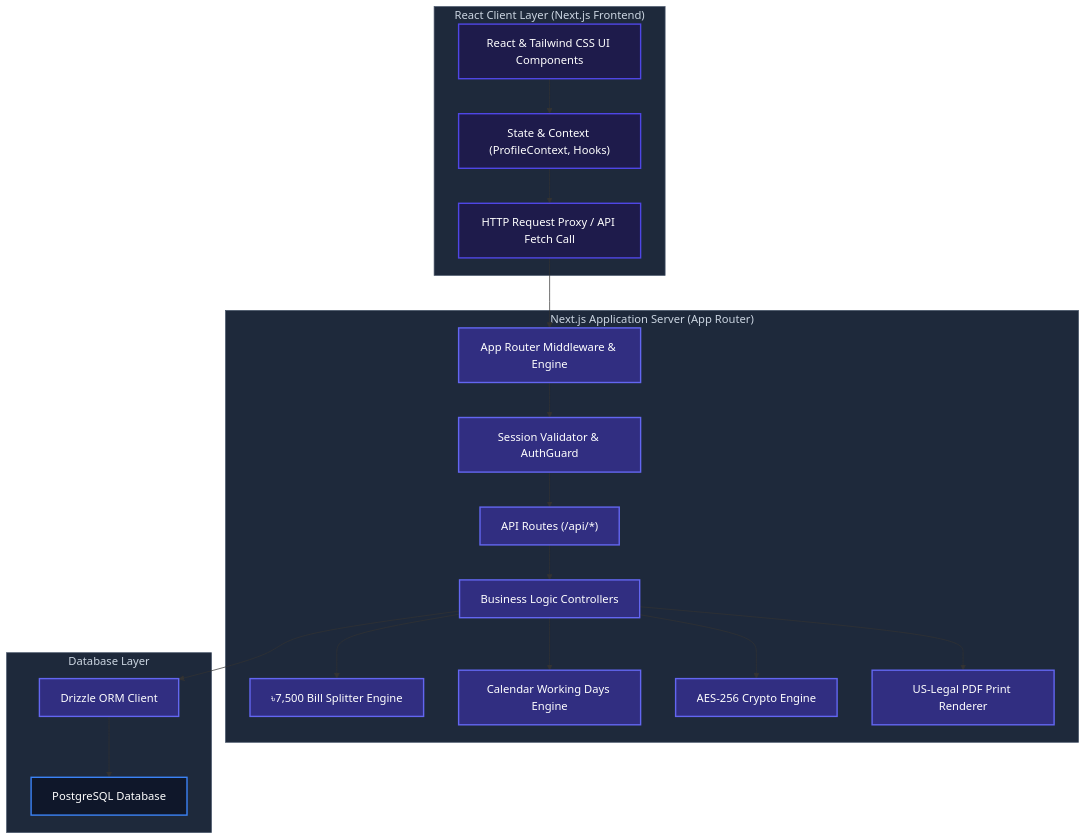
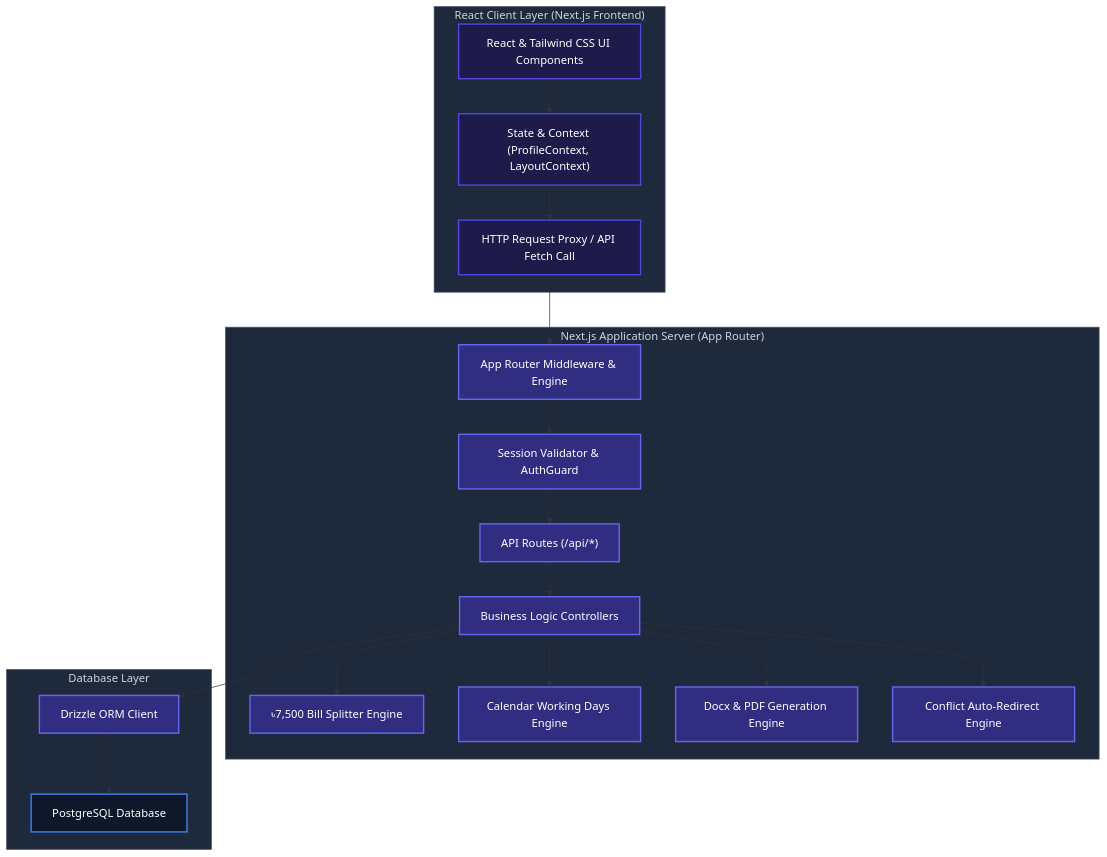
Before and after one commit to syedarifulislamemon2010/Late-Sitting-Holiday-Night-Duty: the diagram in README.md, drawn with Mermaid. The commit also changed other lines of this file and 3 other files, not shown here.

````diff
--- a/README.md
+++ b/README.md
@@ -57,31 +63,31 @@
 ```mermaid
 graph TD
     classDef client fill:#1e1b4b,stroke:#4f46e5,stroke-width:2px,color:#fff;
     classDef server fill:#312e81,stroke:#6366f1,stroke-width:2px,color:#fff;
     classDef storage fill:#0f172a,stroke:#3b82f6,stroke-width:2px,color:#fff;
     classDef box fill:#1e293b,stroke:#475569,stroke-width:1px,color:#cbd5e1;
 
     subgraph Client["React Client Layer (Next.js Frontend)"]
-        UI["React & Tailwind CSS UI Components"]:::client --> State["State & Context (ProfileContext, Hooks)"]:::client
+        UI["React & Tailwind CSS UI Components"]:::client --> State["State & Context (ProfileContext, LayoutContext)"]:::client
         State --> Proxy["HTTP Request Proxy / API Fetch Call"]:::client
     end
 
     subgraph Server["Next.js Application Server (App Router)"]
         Proxy --> Router["App Router Middleware & Engine"]:::server
         Router --> Auth["Session Validator & AuthGuard"]:::server
         Auth --> Endpoints["API Routes (/api/*)"]:::server
         Endpoints --> Logic["Business Logic Controllers"]:::server
         
         Logic --> LimitSplitter["৳7,500 Bill Splitter Engine"]:::server
         Logic --> CalendarEngine["Calendar Working Days Engine"]:::server
-        Logic --> CryptoEngine["AES-256 Crypto Engine"]:::server
-        Logic --> PrintStyles["US-Legal PDF Print Renderer"]:::server
+        Logic --> DocxEngine["Docx & PDF Generation Engine"]:::server
+        Logic --> ConflictEngine["Conflict Auto-Redirect Engine"]:::server
     end
 
     subgraph Storage["Database Layer"]
         Logic --> Drizzle["Drizzle ORM Client"]:::server
         Drizzle --> PostgreSQL["PostgreSQL Database"]:::storage
     end
 
     class Client,Server,Storage box;
 ```
````
